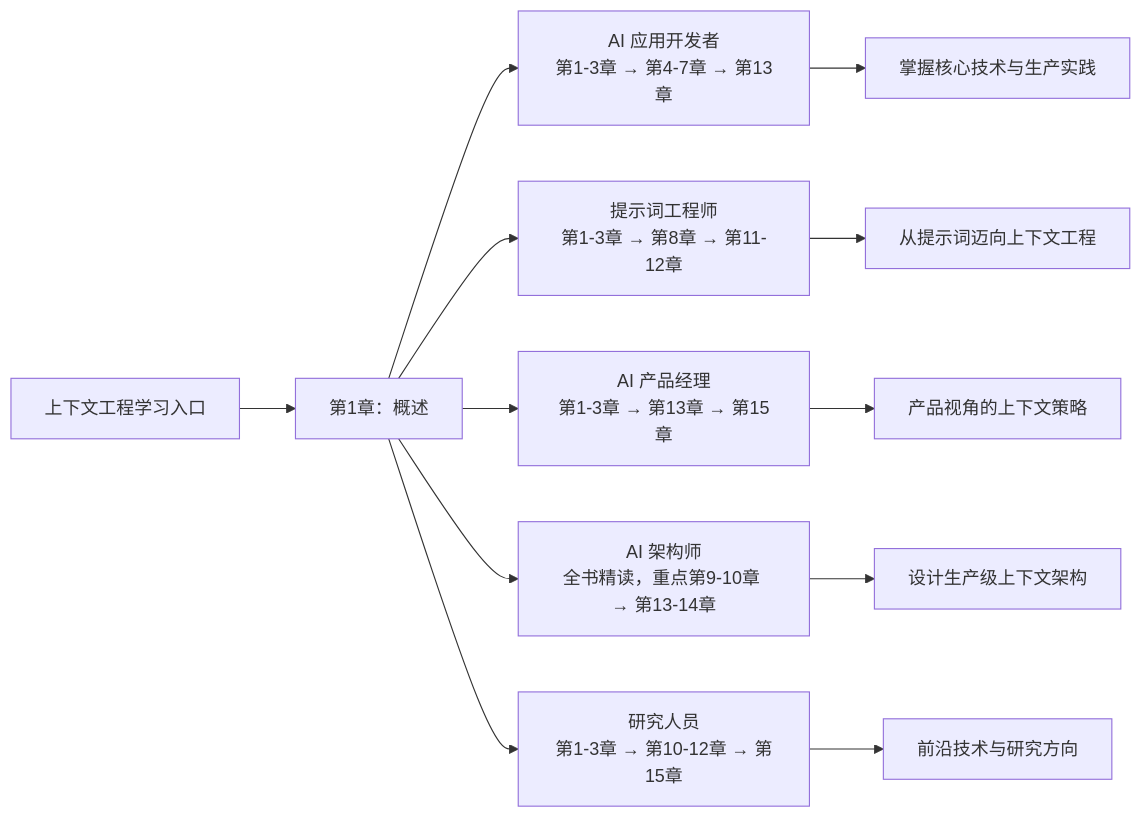
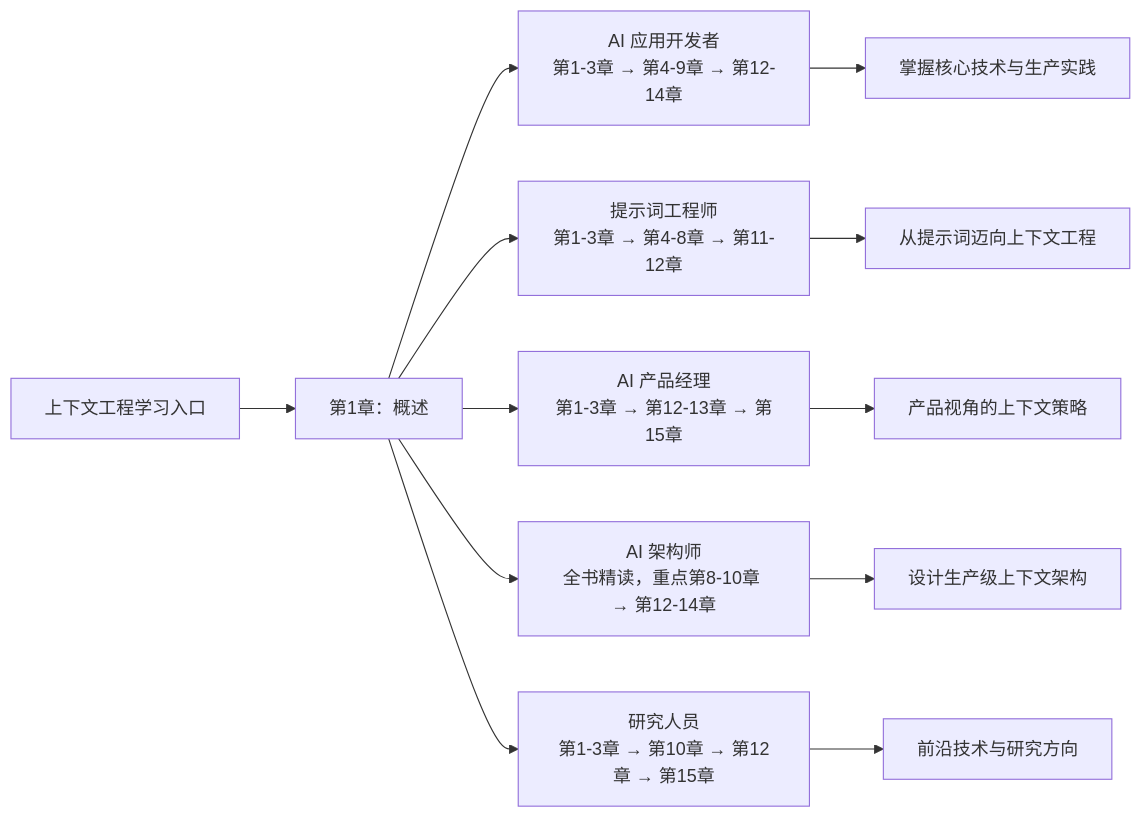
The second of 2 diagrams in README.md (yeasy/context_engineering_guide), drawn with Mermaid before and after one commit. The commit also changed other lines of this file and 42 other files, not shown here.

````diff
--- a/README.md
+++ b/README.md
@@ -158,16 +173,16 @@
 ```mermaid
 graph LR
     Start[上下文工程学习入口] --> Ch1[第1章：概述]
 
-    Ch1 --> Role1["AI 应用开发者<br/>第1-3章 → 第4-7章 → 第13章"]
-    Ch1 --> Role2["提示词工程师<br/>第1-3章 → 第8章 → 第11-12章"]
-    Ch1 --> Role3["AI 产品经理<br/>第1-3章 → 第13章 → 第15章"]
-    Ch1 --> Role4["AI 架构师<br/>全书精读，重点第9-10章 → 第13-14章"]
-    Ch1 --> Role5["研究人员<br/>第1-3章 → 第10-12章 → 第15章"]
+    Ch1 --> Role1["AI 应用开发者<br/>第1-3章 → 第4-9章 → 第12-14章"]
+    Ch1 --> Role2["提示词工程师<br/>第1-3章 → 第4-8章 → 第11-12章"]
+    Ch1 --> Role3["AI 产品经理<br/>第1-3章 → 第12-13章 → 第15章"]
+    Ch1 --> Role4["AI 架构师<br/>全书精读，重点第8-10章 → 第12-14章"]
+    Ch1 --> Role5["研究人员<br/>第1-3章 → 第10章 → 第12章 → 第15章"]
 
     Role1 --> End1["掌握核心技术与生产实践"]
     Role2 --> End2["从提示词迈向上下文工程"]
     Role3 --> End3["产品视角的上下文策略"]
     Role4 --> End4["设计生产级上下文架构"]
     Role5 --> End5["前沿技术与研究方向"]
 ```
````
